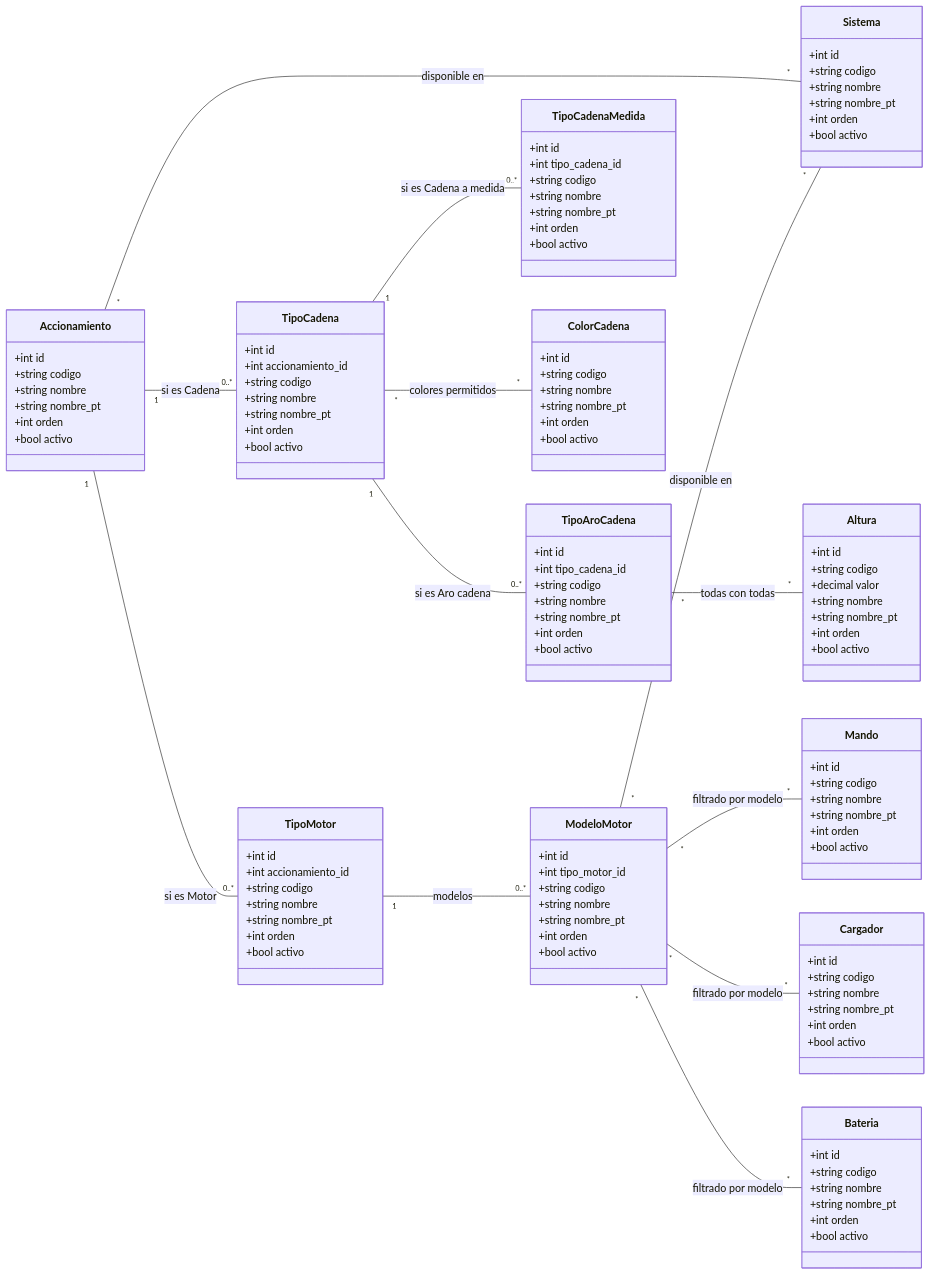
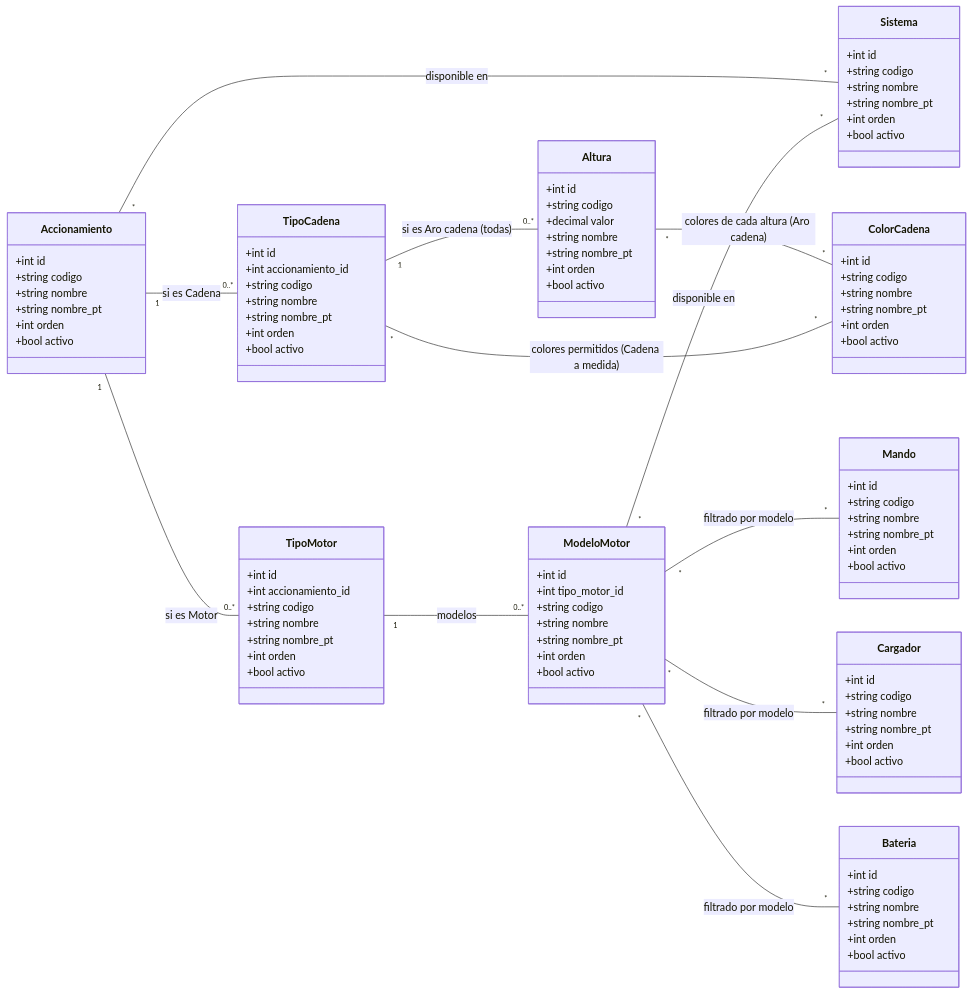
Before and after one commit to vicentferri/manza: the second of 4 diagrams in modelo_datos_accionamientos.md, drawn with Mermaid. The commit also changed other lines of this file and 15 other files, not shown here.

First line of the commit message:
Cadena: alturas con sus colores y cadena a medida sin tipos

```diff
--- a/modelo_datos_accionamientos.md
+++ b/modelo_datos_accionamientos.md
@@ -76,28 +76,10 @@
         +int orden
         +bool activo
     }
-    class TipoAroCadena {
-        +int id
-        +int tipo_cadena_id
-        +string codigo
-        +string nombre
-        +string nombre_pt
-        +int orden
-        +bool activo
-    }
     class Altura {
         +int id
         +string codigo
         +decimal valor
-        +string nombre
-        +string nombre_pt
-        +int orden
-        +bool activo
-    }
-    class TipoCadenaMedida {
-        +int id
-        +int tipo_cadena_id
-        +string codigo
         +string nombre
         +string nombre_pt
         +int orden
@@ -156,10 +138,9 @@
 
     Accionamiento "*" -- "*" Sistema : disponible en
     Accionamiento "1" -- "0..*" TipoCadena : si es Cadena
-    TipoCadena "1" -- "0..*" TipoAroCadena : si es Aro cadena
-    TipoCadena "1" -- "0..*" TipoCadenaMedida : si es Cadena a medida
-    TipoAroCadena "*" -- "*" Altura : todas con todas
-    TipoCadena "*" -- "*" ColorCadena : colores permitidos
+    TipoCadena "1" -- "0..*" Altura : si es Aro cadena (todas)
+    Altura "*" -- "*" ColorCadena : colores de cada altura (Aro cadena)
+    TipoCadena "*" -- "*" ColorCadena : colores permitidos (Cadena a medida)
     Accionamiento "1" -- "0..*" TipoMotor : si es Motor
     TipoMotor "1" -- "0..*" ModeloMotor : modelos
     ModeloMotor "*" -- "*" Sistema : disponible en
```
